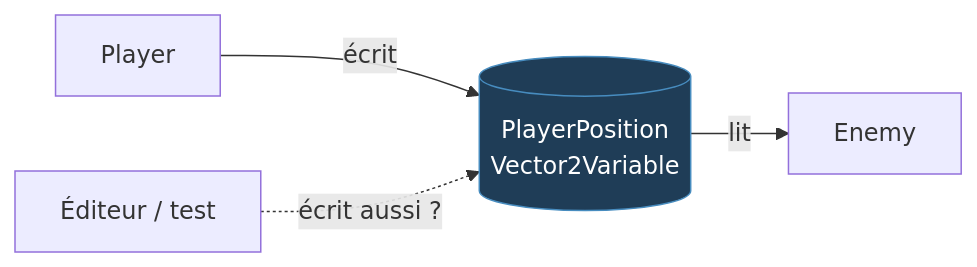
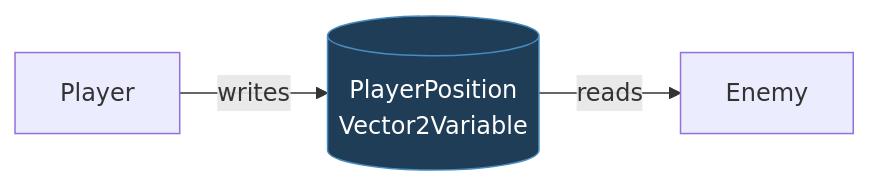
One commit to joranmarcy/Godot-MEDS-Comparison changed the second of 3 diagrams in presentation/slides.md. Above: the diagram before and after it, drawn with Mermaid. The commit also changed other lines of this file and 18 other files, not shown here.

````diff
--- a/presentation/slides.md
+++ b/presentation/slides.md
@@ -744,8 +745,7 @@
 ```mermaid
 flowchart LR
-  Player["Player"] -- "écrit" --> PP[("PlayerPosition<br/>Vector2Variable")]
-  PP -- "lit" --> Enemy["Enemy"]
-  Editor["Éditeur / test"] -. "écrit aussi ?" .-> PP
+  Player["Player"] -- "writes" --> PP[("PlayerPosition<br/>Vector2Variable")]
+  PP -- "reads" --> Enemy["Enemy"]
   classDef var fill:#1f3d57,stroke:#478cbf,color:#fff
   class PP var
 ```
````
